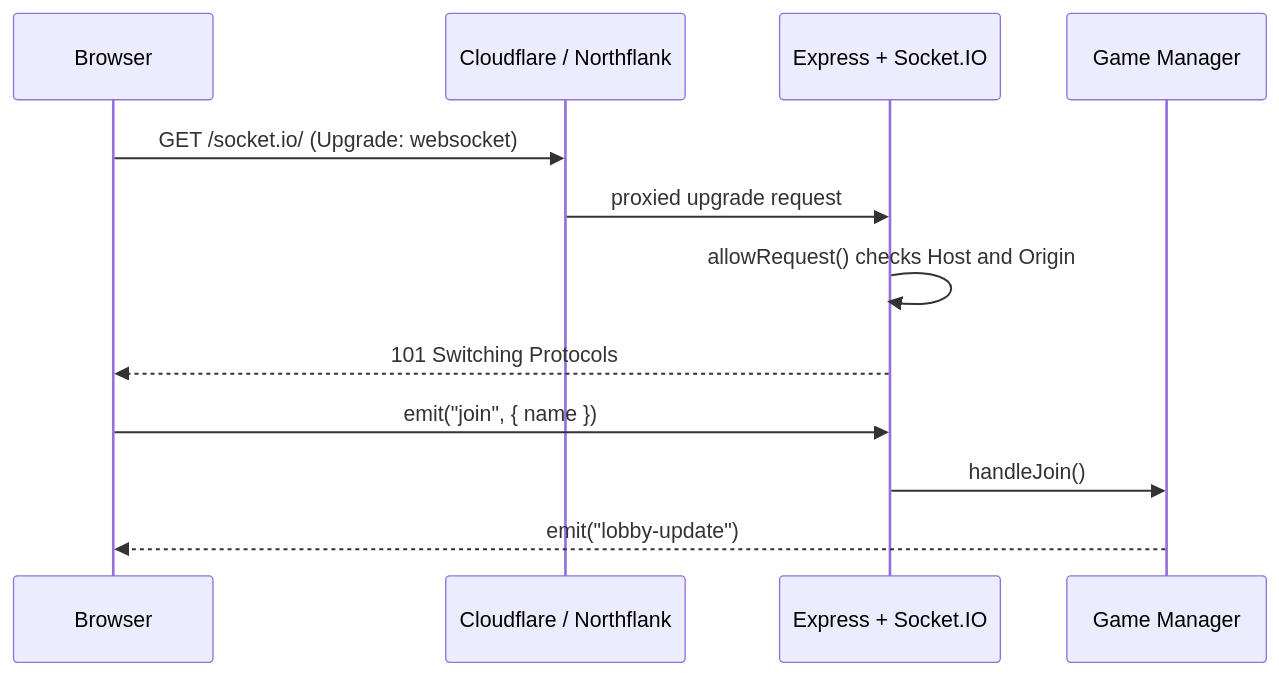
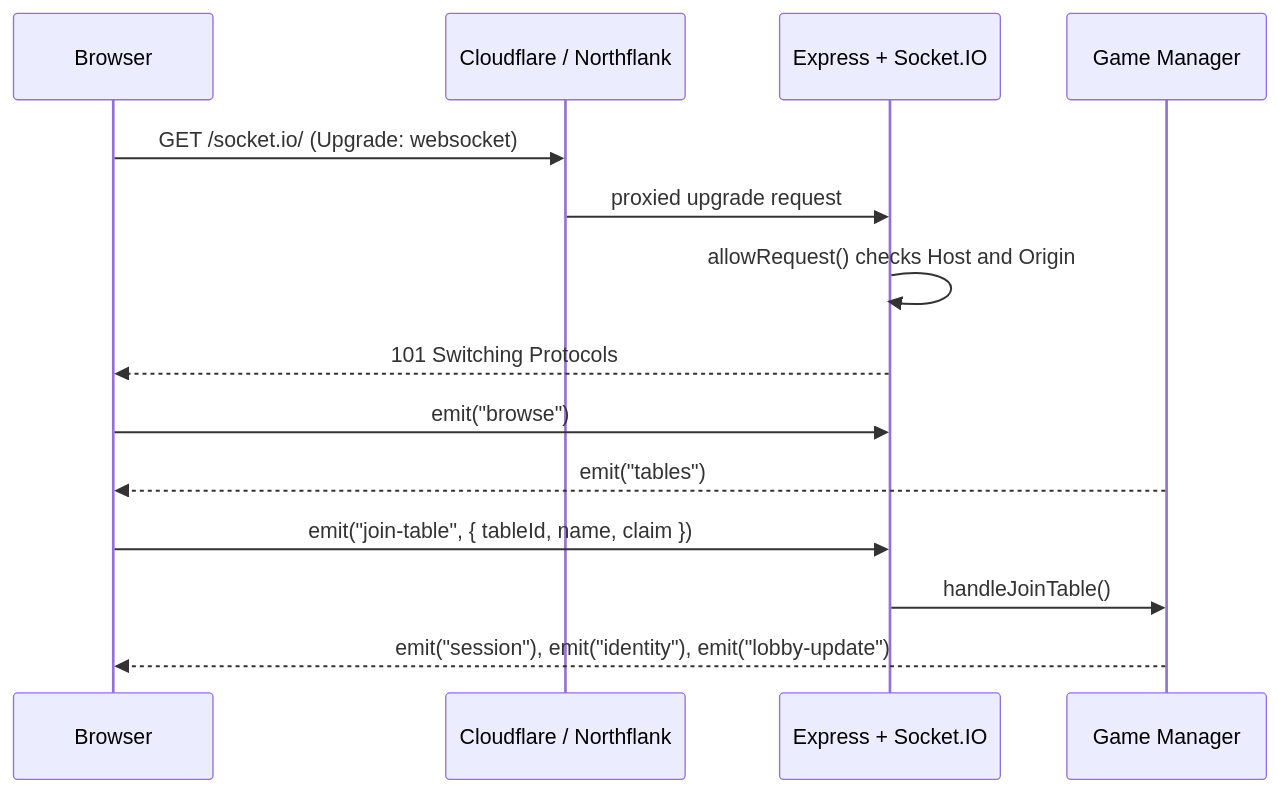
Before and after one commit to MythKid/omi-multiplayer: the fifth of 8 diagrams in README.md, drawn with Mermaid. The commit also changed other lines of this file and 6 other files, not shown here.

First line of the commit message:
Document tables, chat, table rules and ratings; review fixes

````diff
--- a/README.md
+++ b/README.md
@@ -199,15 +214,17 @@
 ```mermaid
 sequenceDiagram
     participant C as Browser
     participant P as Cloudflare / Northflank
     participant S as Express + Socket.IO
     participant G as Game Manager
 
     C->>P: GET /socket.io/ (Upgrade: websocket)
     P->>S: proxied upgrade request
     S->>S: allowRequest() checks Host and Origin
     S-->>C: 101 Switching Protocols
-    C->>S: emit("join", { name })
-    S->>G: handleJoin()
-    G-->>C: emit("lobby-update")
+    C->>S: emit("browse")
+    G-->>C: emit("tables")
+    C->>S: emit("join-table", { tableId, name, claim })
+    S->>G: handleJoinTable()
+    G-->>C: emit("session"), emit("identity"), emit("lobby-update")
 ```
````
